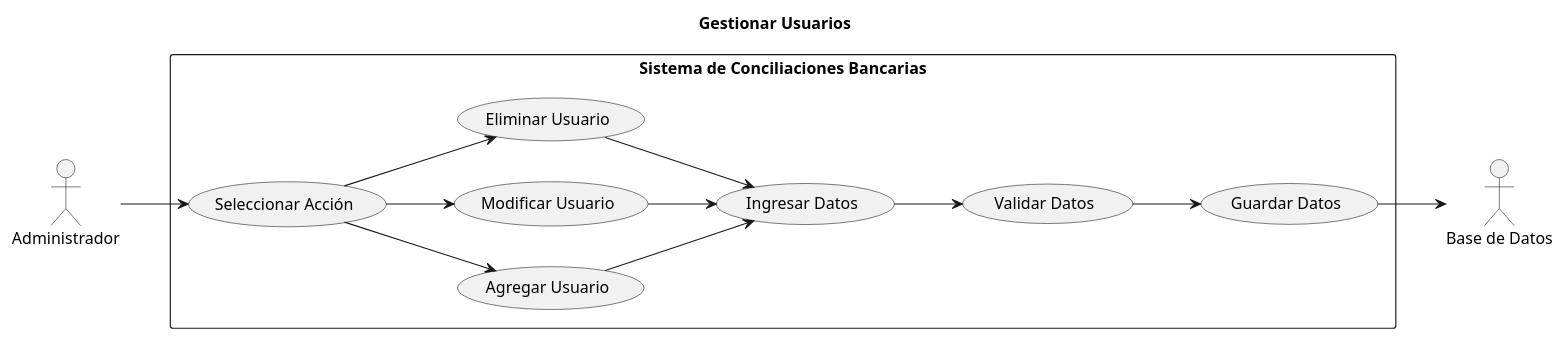
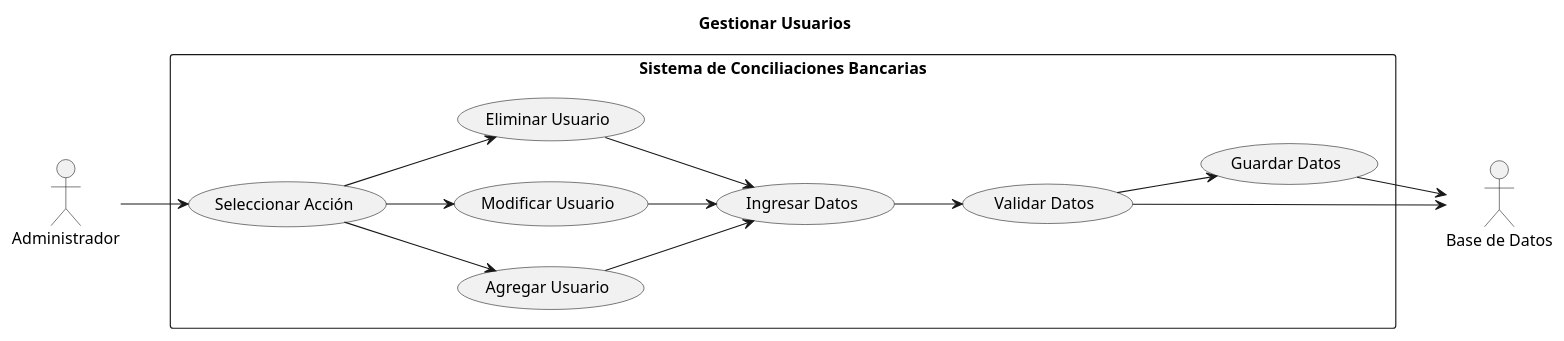
Before and after one commit to ricardouriegas/sistema-de-consilaciones-bancarias: the diagram in GestionarUsuarios.puml, drawn with PlantUML. The commit also changed 3 other files, not shown here.

```diff
--- a/GestionarUsuarios.puml
+++ b/GestionarUsuarios.puml
@@ -1,28 +1,25 @@
 @startuml GestionarUsuarios
 title Gestionar Usuarios
 left to right direction
 
 actor Administrador as admin
 actor "Base de Datos" as db
-' checar si esta bien asi o como gestionar cuenta bancaria
+
 rectangle "Sistema de Conciliaciones Bancarias" {
     admin --> (Seleccionar Acción)
 
     (Seleccionar Acción) --> (Agregar Usuario) 
     (Seleccionar Acción) --> (Modificar Usuario) 
     (Seleccionar Acción) --> (Eliminar Usuario) 
 
-    ' (Seleccionar Acción) --> (Ingresar Datos) 
-    (Ingresar Datos) --> (Validar Datos)
-    '  --> (Guardar Datos)
+    (Agregar Usuario) --> (Ingresar Datos) 
+    (Modificar Usuario) --> (Ingresar Datos) 
+    (Eliminar Usuario) --> (Ingresar Datos) 
 
-    ' (Validar Datos
-    (Agregar Usuario) --> (Ingresar Datos)
-    (Modificar Usuario) --> (Ingresar Datos)
-    (Eliminar Usuario) --> (Ingresar Datos)
-
+    (Ingresar Datos) --> (Validar Datos) 
     (Validar Datos) --> (Guardar Datos) 
+    (Validar Datos) --> db
     (Guardar Datos) --> db
 }
 
 @enduml
```
